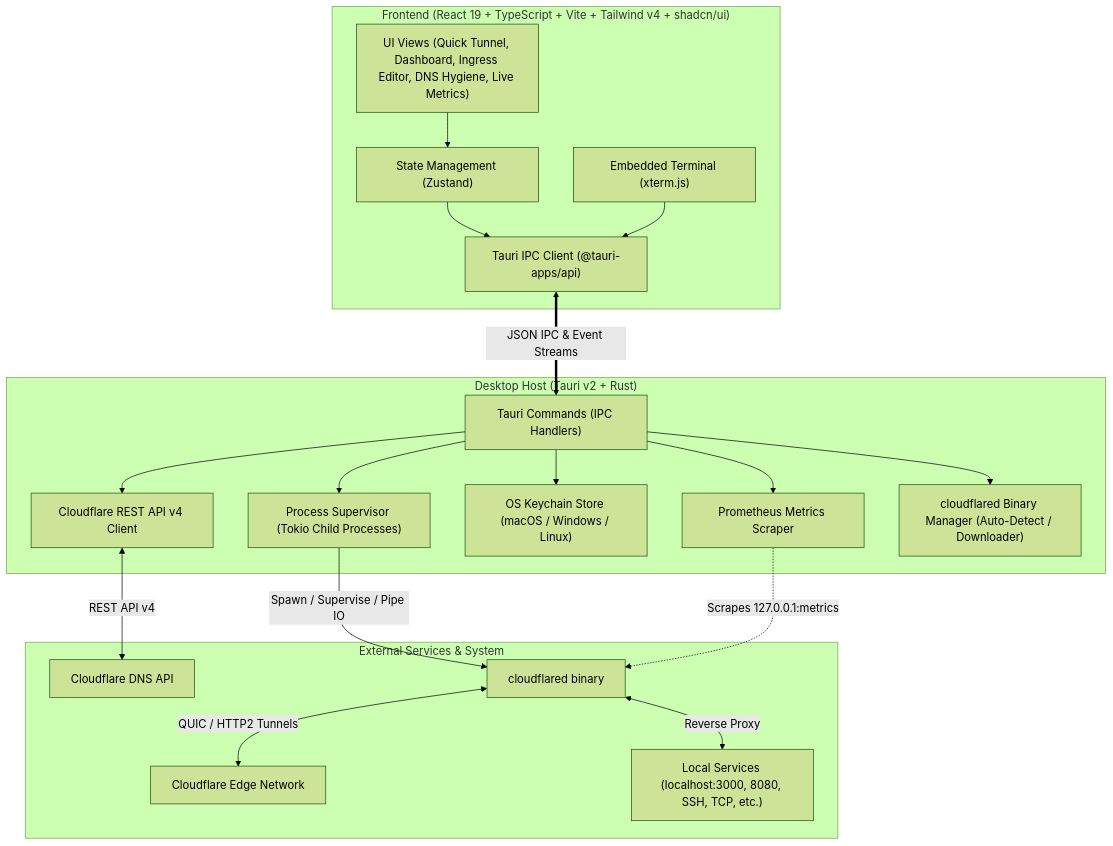
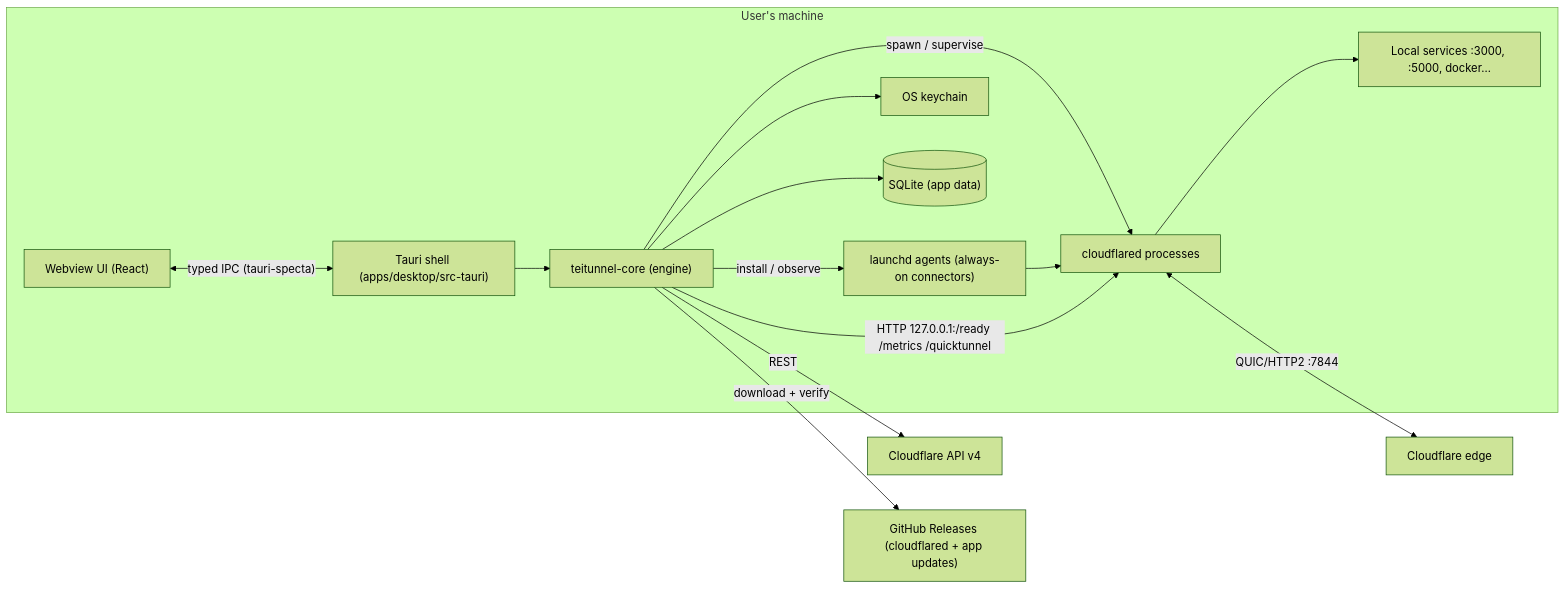
One commit to teispace/teitunnel changed the diagram in docs/ARCHITECTURE.md. Above: the diagram before and after it, drawn with Mermaid (forest theme). The commit also changed other lines of this file and 31 other files, not shown here.

First line of the commit message:
docs: add vision, architecture, design system, plans and project hygiene

````diff
--- a/docs/ARCHITECTURE.md
+++ b/docs/ARCHITECTURE.md
@@ -9,42 +9,29 @@
 ```mermaid
-flowchart TB
-    subgraph Frontend ["Frontend (React 19 + TypeScript + Vite + Tailwind v4 + shadcn/ui)"]
-        UI["UI Views (Quick Tunnel, Dashboard, Ingress Editor, DNS Hygiene, Live Metrics)"]
-        Terminal["Embedded Terminal (xterm.js)"]
-        Stores["State Management (Zustand)"]
-        IPCBridge["Tauri IPC Client (@tauri-apps/api)"]
-    end
+flowchart LR
+  subgraph Mac["User's machine"]
+    UI["Webview UI (React)"]
+    Shell["Tauri shell (apps/desktop/src-tauri)"]
+    Core["teitunnel-core (engine)"]
+    CFD["cloudflared processes"]
+    SVC["launchd agents (always-on connectors)"]
+    KC["OS keychain"]
+    DB[("SQLite (app data)")]
+    Origins["Local services :3000, :5000, docker…"]
+  end
+  CFAPI["Cloudflare API v4"]
+  Edge["Cloudflare edge"]
+  GH["GitHub Releases (cloudflared + app updates)"]
 
-    subgraph Backend ["Desktop Host (Tauri v2 + Rust)"]
-        Commands["Tauri Commands (IPC Handlers)"]
-        ProcessMgr["Process Supervisor (Tokio Child Processes)"]
-        MetricsScraper["Prometheus Metrics Scraper"]
-        KeyringSvc["OS Keychain Store (macOS / Windows / Linux)"]
-        CFClient["Cloudflare REST API v4 Client"]
-        BinManager["cloudflared Binary Manager (Auto-Detect / Downloader)"]
-    end
-
-    subgraph External ["External Services & System"]
-        CFEdge["Cloudflare Edge Network"]
-        CFDNS["Cloudflare DNS API"]
-        LocalServices["Local Services (localhost:3000, 8080, SSH, TCP, etc.)"]
-        CloudflaredBin["cloudflared binary"]
-    end
-
-    UI --> Stores
-    Stores --> IPCBridge
-    Terminal --> IPCBridge
-    IPCBridge <==>|"JSON IPC & Event Streams"| Commands
-
-    Commands --> ProcessMgr
-    Commands --> MetricsScraper
-    Commands --> KeyringSvc
-    Commands --> CFClient
-    Commands --> BinManager
-
-    ProcessMgr -->|"Spawn / Supervise / Pipe IO"| CloudflaredBin
-    CloudflaredBin <-->|"QUIC / HTTP2 Tunnels"| CFEdge
-    CloudflaredBin <-->|"Reverse Proxy"| LocalServices
-    MetricsScraper -.->|"Scrapes 127.0.0.1:metrics"| CloudflaredBin
-    CFClient <-->|"REST API v4"| CFDNS
+  UI <-- "typed IPC (tauri-specta)" --> Shell
+  Shell --> Core
+  Core --> KC
+  Core --> DB
+  Core -- "spawn / supervise" --> CFD
+  Core -- "install / observe" --> SVC
+  SVC --> CFD
+  Core -- "HTTP 127.0.0.1:/ready /metrics /quicktunnel" --> CFD
+  Core -- "REST" --> CFAPI
+  Core -- "download + verify" --> GH
+  CFD <-- "QUIC/HTTP2 :7844" --> Edge
+  CFD --> Origins
 ```
````
